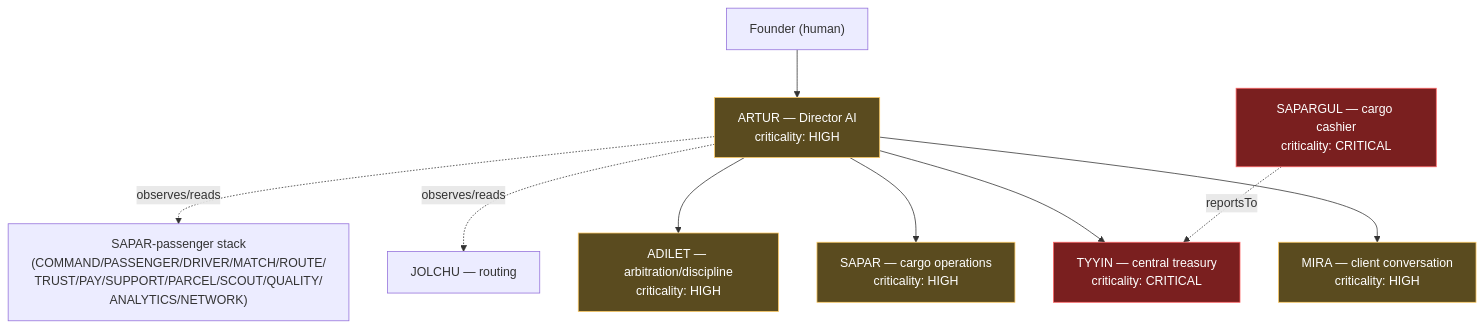
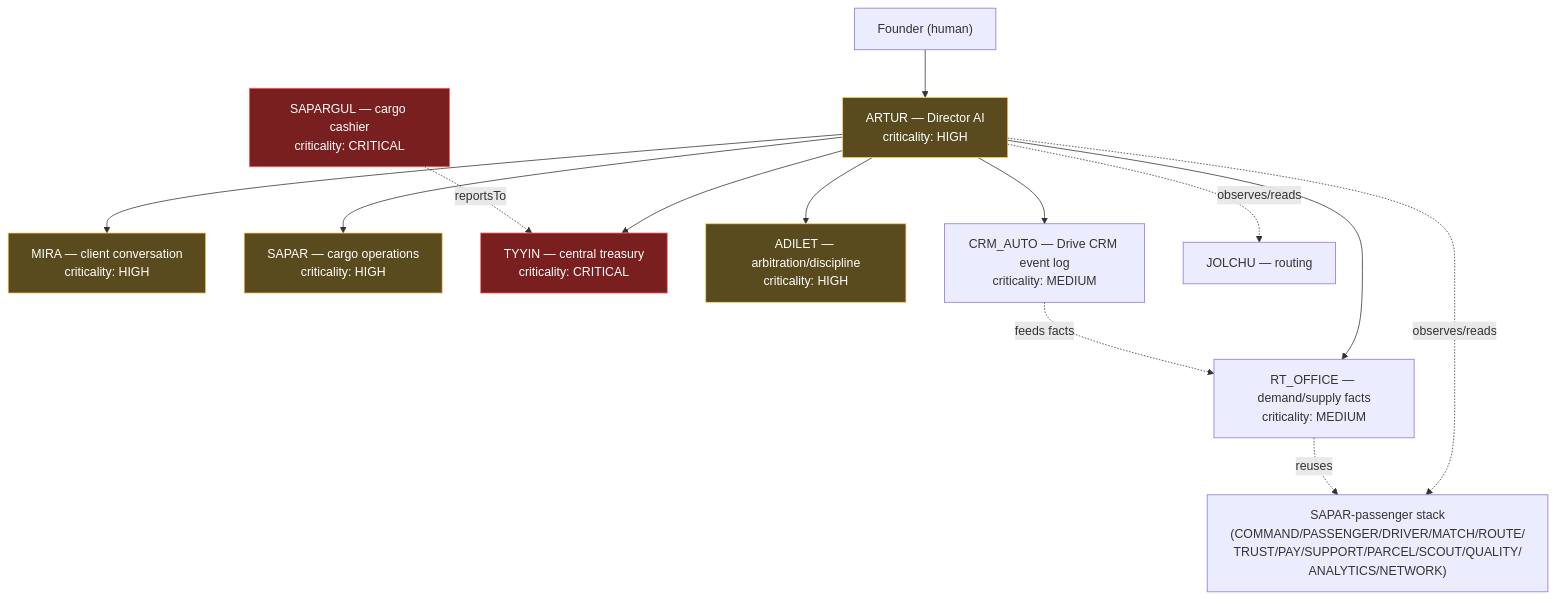
The diagram in docs/RT_ORGANIZATION.md (avtohimzavod2-sudo/regional-trans-rt), drawn with Mermaid before and after one commit. The commit also changed other lines of this file and 26 other files, not shown here.

First line of the commit message:
Add RT Office and Drive CRM operations layer

````diff
--- a/docs/RT_ORGANIZATION.md
+++ b/docs/RT_ORGANIZATION.md
@@ -11,31 +11,37 @@
 ```mermaid
 graph TD
     FOUNDER["Founder (human)"]
     ARTUR["ARTUR — Director AI\ncriticality: HIGH"]
 
     FOUNDER --> ARTUR
 
     MIRA["MIRA — client conversation\ncriticality: HIGH"]
     SAPAR["SAPAR — cargo operations\ncriticality: HIGH"]
     SAPARGUL["SAPARGUL — cargo cashier\ncriticality: CRITICAL"]
     TYYIN["TYYIN — central treasury\ncriticality: CRITICAL"]
     ADILET["ADILET — arbitration/discipline\ncriticality: HIGH"]
+    RTOFFICE["RT_OFFICE — demand/supply facts\ncriticality: MEDIUM"]
+    CRMAUTO["CRM_AUTO — Drive CRM event log\ncriticality: MEDIUM"]
 
     ARTUR --> MIRA
     ARTUR --> SAPAR
     ARTUR --> TYYIN
     ARTUR --> ADILET
+    ARTUR --> RTOFFICE
+    ARTUR --> CRMAUTO
 
     SAPARGUL -. reportsTo .-> TYYIN
 
     JOLCHU["JOLCHU — routing"]
     SAPARP["SAPAR-passenger stack\n(COMMAND/PASSENGER/DRIVER/MATCH/ROUTE/\nTRUST/PAY/SUPPORT/PARCEL/SCOUT/QUALITY/\nANALYTICS/NETWORK)"]
 
     ARTUR -.observes/reads.-> JOLCHU
     ARTUR -.observes/reads.-> SAPARP
+    RTOFFICE -.reuses.-> SAPARP
+    CRMAUTO -.feeds facts.-> RTOFFICE
 
     classDef critical fill:#7a1f1f,stroke:#f66,color:#fff;
     classDef high fill:#5a4b1f,stroke:#fc6,color:#fff;
     class SAPARGUL,TYYIN critical;
     class ARTUR,MIRA,SAPAR,ADILET high;
 ```
````
